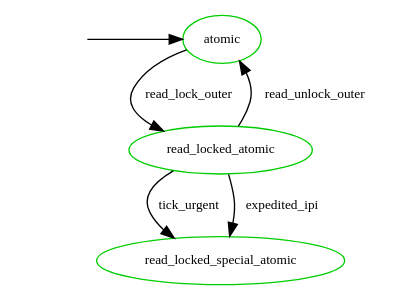
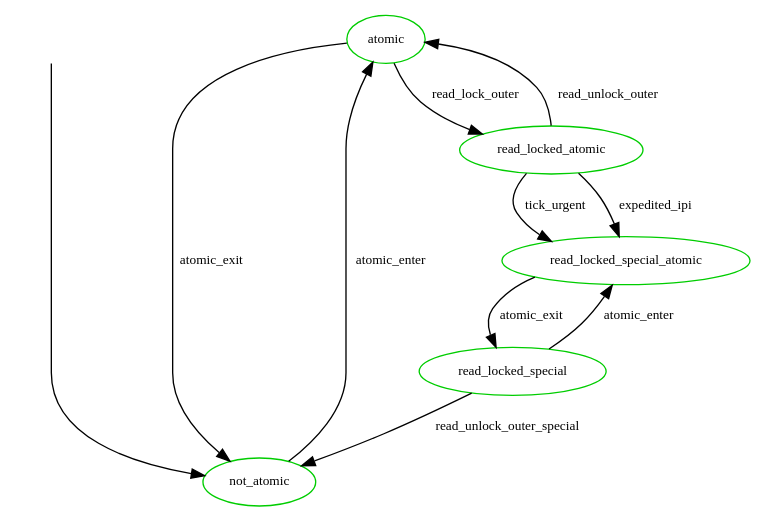
Before and after one commit to joelagnel/RCU_Supremica: the diagram in Dot_Models/defer_atomic_rlock_runlock.dot, drawn with Graphviz. The commit also changed 1 other file, not shown here.

```diff
--- a/Dot_Models/defer_atomic_rlock_runlock.dot
+++ b/Dot_Models/defer_atomic_rlock_runlock.dot
@@ -1,25 +1,33 @@
 digraph state_automaton {
 	center = true;
 	// size = "700,800";
 	nodesep = 0.5;
 	{node [shape = plaintext, style=invis, label=""] "__init_atomic"};
 	node [shape = ellipse, fontsize=10, color = green3];
 	edge [fontsize=10];
 
-	"__init_atomic" -> "atomic";
+	"__init_atomic" -> "not_atomic";
 
 	/* Handling for pirq dis, read-lock, read-unlock, pirq en */
 	"atomic" [label = "atomic"];
 	"read_locked_atomic" [label = "read_locked_atomic"];
 	"atomic" -> "read_locked_atomic" [ label = "read_lock_outer" ];
 	"read_locked_atomic" -> "atomic" [ label = "read_unlock_outer" ];
 	/* After transition to read_locked_special_atomic,
 	 * everything remains same as defer_rlock_atomic_runlock.dot */
 	"read_locked_atomic" -> "read_locked_special_atomic" [ label = "tick_urgent" ];
 	"read_locked_atomic" -> "read_locked_special_atomic" [ label = "expedited_ipi" ];
 
+        "read_locked_special" -> "read_locked_special_atomic" [ label = "atomic_enter" ];
+        "read_locked_special_atomic" -> "read_locked_special" [ label = "atomic_exit" ];
+
+	"read_locked_special" -> "not_atomic" [ label = "read_unlock_outer_special" ];
+	"atomic" -> "not_atomic" [ label = "atomic_exit" ];
+	"not_atomic" -> "atomic" [ label = "atomic_enter" ];
+
+
 	{ rank = min ;
 		"__init_atomic";
 		"atomic";
 	}
 }
```
